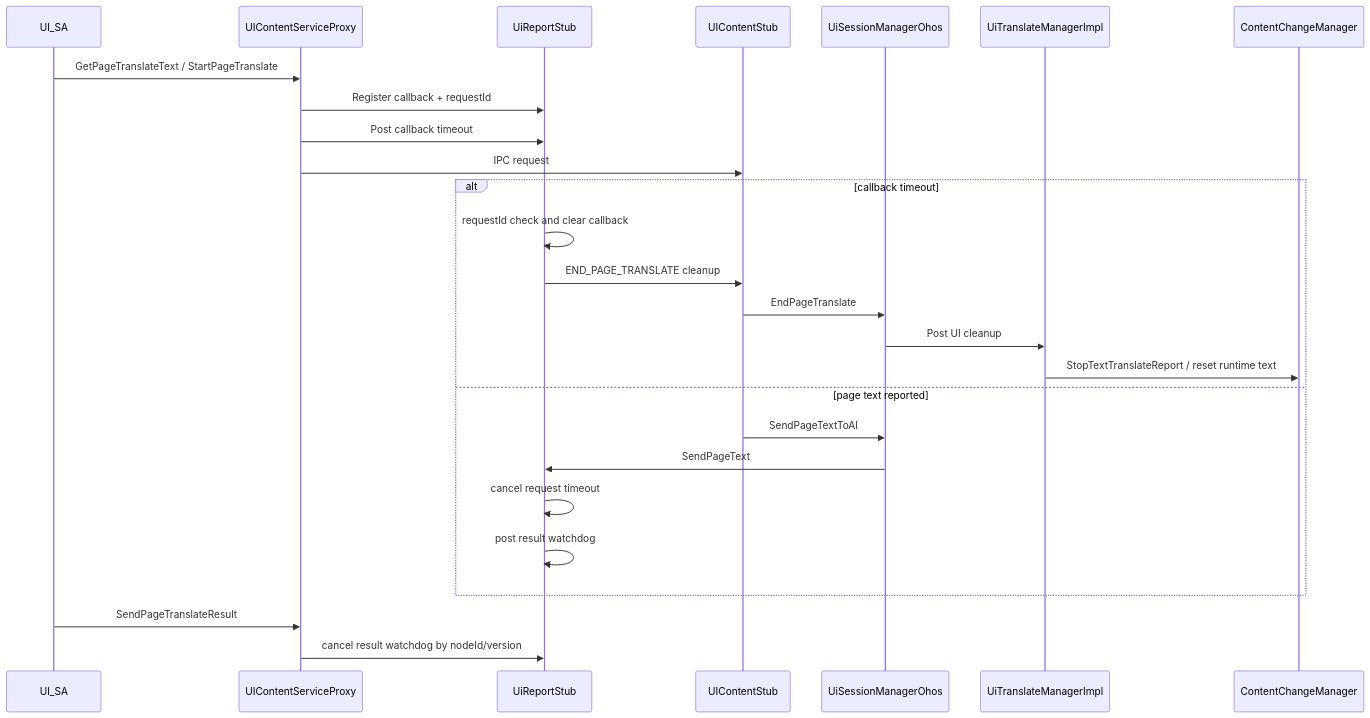
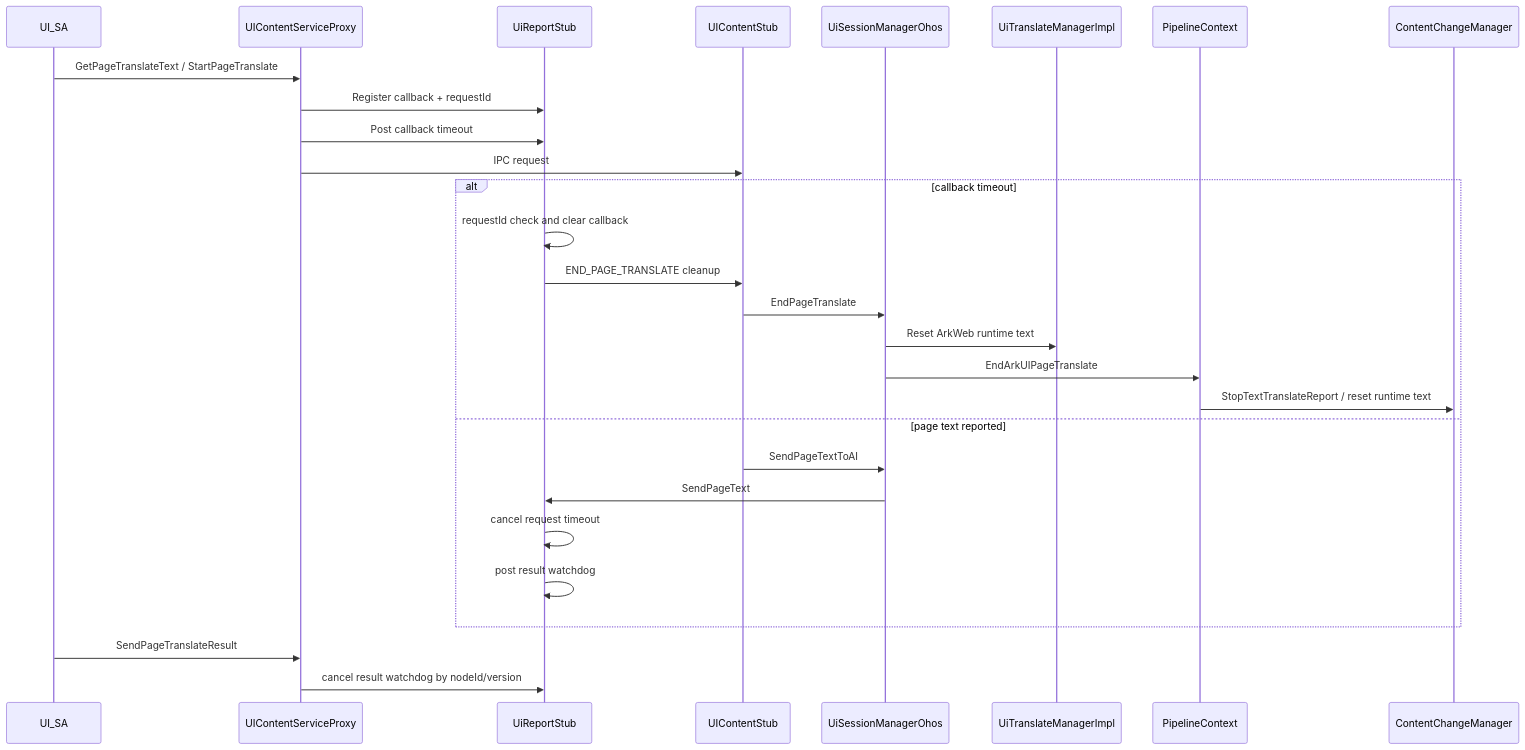
Before and after one commit to openharmony/arkui_ace_engine: the ninth of 9 diagrams in docs/architecture/UISession_Knowledge_Base_CN.md, drawn with Mermaid. The commit also changed other lines of this file and 23 other files, not shown here.

First line of the commit message:
feat(arkui): add UI session page translate framework manager

````diff
--- a/docs/architecture/UISession_Knowledge_Base_CN.md
+++ b/docs/architecture/UISession_Knowledge_Base_CN.md
@@ -261,29 +279,31 @@
 ```mermaid
 sequenceDiagram
     participant SA as UI_SA
     participant Proxy as UIContentServiceProxy
     participant Report as UiReportStub
     participant Remote as UIContentStub
     participant Manager as UiSessionManagerOhos
     participant TM as UiTranslateManagerImpl
+    participant Pipeline as PipelineContext
     participant CCM as ContentChangeManager
 
     SA->>Proxy: GetPageTranslateText / StartPageTranslate
     Proxy->>Report: Register callback + requestId
     Proxy->>Report: Post callback timeout
     Proxy->>Remote: IPC request
     alt callback timeout
         Report->>Report: requestId check and clear callback
         Report->>Remote: END_PAGE_TRANSLATE cleanup
         Remote->>Manager: EndPageTranslate
-        Manager->>TM: Post UI cleanup
-        TM->>CCM: StopTextTranslateReport / reset runtime text
+        Manager->>TM: Reset ArkWeb runtime text
+        Manager->>Pipeline: EndArkUIPageTranslate
+        Pipeline->>CCM: StopTextTranslateReport / reset runtime text
     else page text reported
         Remote->>Manager: SendPageTextToAI
         Manager->>Report: SendPageText
         Report->>Report: cancel request timeout
         Report->>Report: post result watchdog
     end
     SA->>Proxy: SendPageTranslateResult
     Proxy->>Report: cancel result watchdog by nodeId/version
 ```
````
